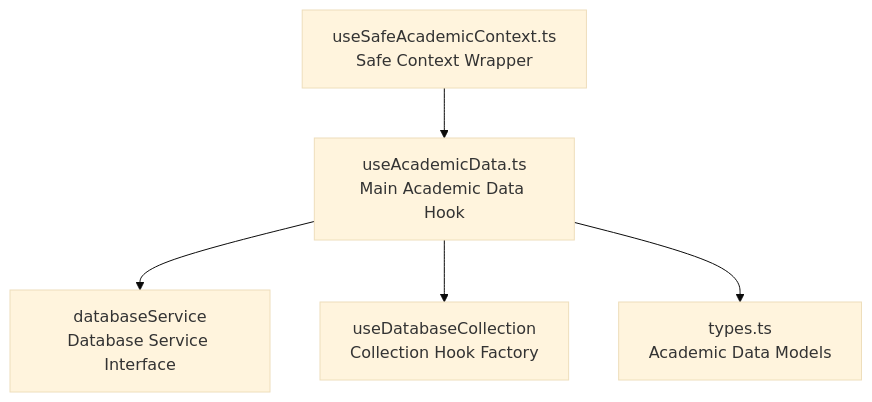
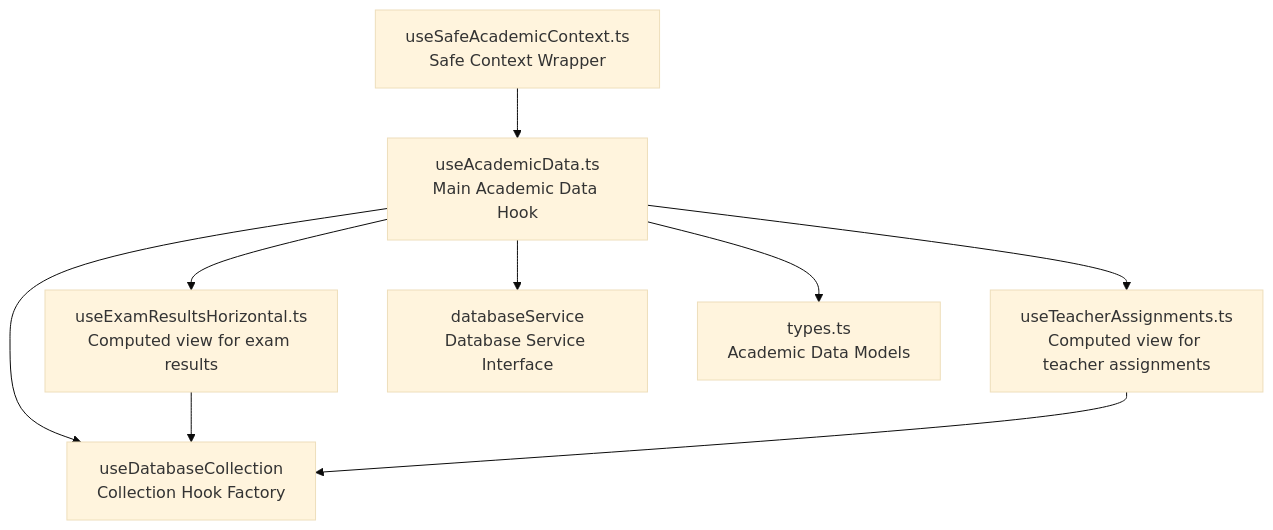
Before and after one commit to geniusdynamics/schoolpilot: the sixth of 8 diagrams in .qoder/repowiki/en/content/Modules System/Academics Module.md, drawn with Mermaid (base theme). The commit also changed other lines of this file and 21 other files, not shown here.

````diff
--- a/.qoder/repowiki/en/content/Modules System/Academics Module.md
+++ b/.qoder/repowiki/en/content/Modules System/Academics Module.md
@@ -242,12 +269,18 @@
 ```mermaid
 graph TB
 DATA["useAcademicData.ts<br/>Main Academic Data Hook"]
+CVH["useExamResultsHorizontal.ts<br/>Computed view for exam results"]
+CTA["useTeacherAssignments.ts<br/>Computed view for teacher assignments"]
 DB["databaseService<br/>Database Service Interface"]
 COL["useDatabaseCollection<br/>Collection Hook Factory"]
 TYPES["types.ts<br/>Academic Data Models"]
 SAFE["useSafeAcademicContext.ts<br/>Safe Context Wrapper"]
 DATA --> DB
 DATA --> COL
+DATA --> CVH
+DATA --> CTA
 DATA --> TYPES
 SAFE --> DATA
+CVH --> COL
+CTA --> COL
 ```
````
